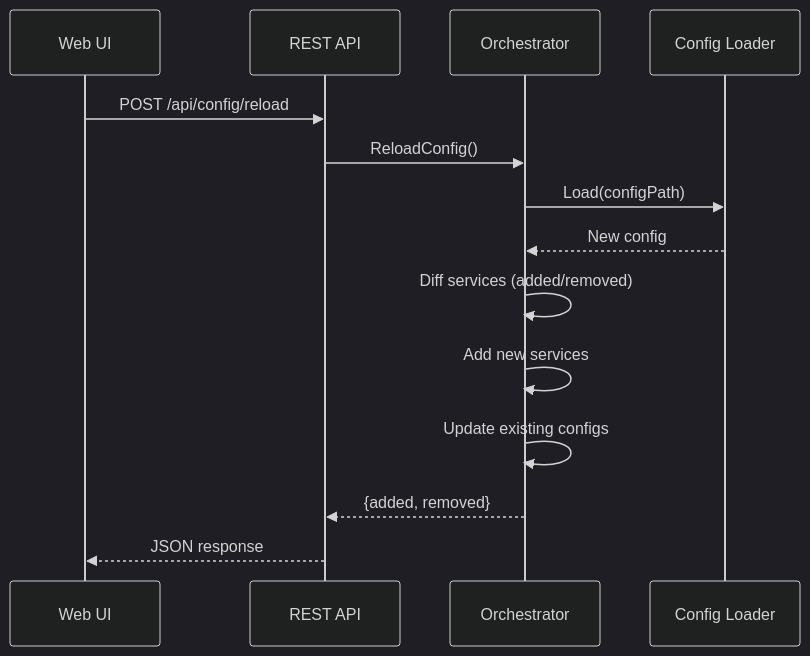
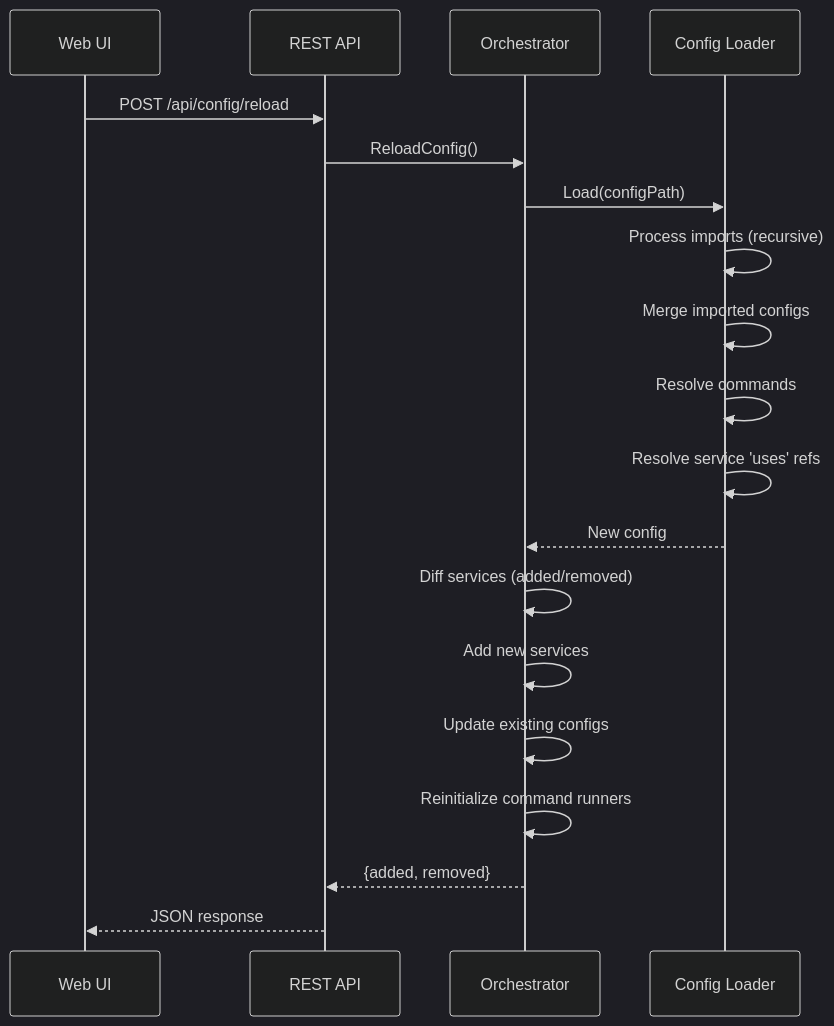
Before and after one commit to roraja/foreman: the fourth of 5 diagrams in docs/architecture.md, drawn with Mermaid (dark theme). The commit also changed other lines of this file and 30 other files, not shown here.

````diff
--- a/docs/architecture.md
+++ b/docs/architecture.md
@@ -100,17 +112,22 @@
 ```mermaid
 sequenceDiagram
     participant UI as Web UI
     participant API as REST API
     participant O as Orchestrator
     participant C as Config Loader
     
     UI->>API: POST /api/config/reload
     API->>O: ReloadConfig()
     O->>C: Load(configPath)
+    C->>C: Process imports (recursive)
+    C->>C: Merge imported configs
+    C->>C: Resolve commands
+    C->>C: Resolve service 'uses' refs
     C-->>O: New config
     O->>O: Diff services (added/removed)
     O->>O: Add new services
     O->>O: Update existing configs
+    O->>O: Reinitialize command runners
     O-->>API: {added, removed}
     API-->>UI: JSON response
 ```
````
